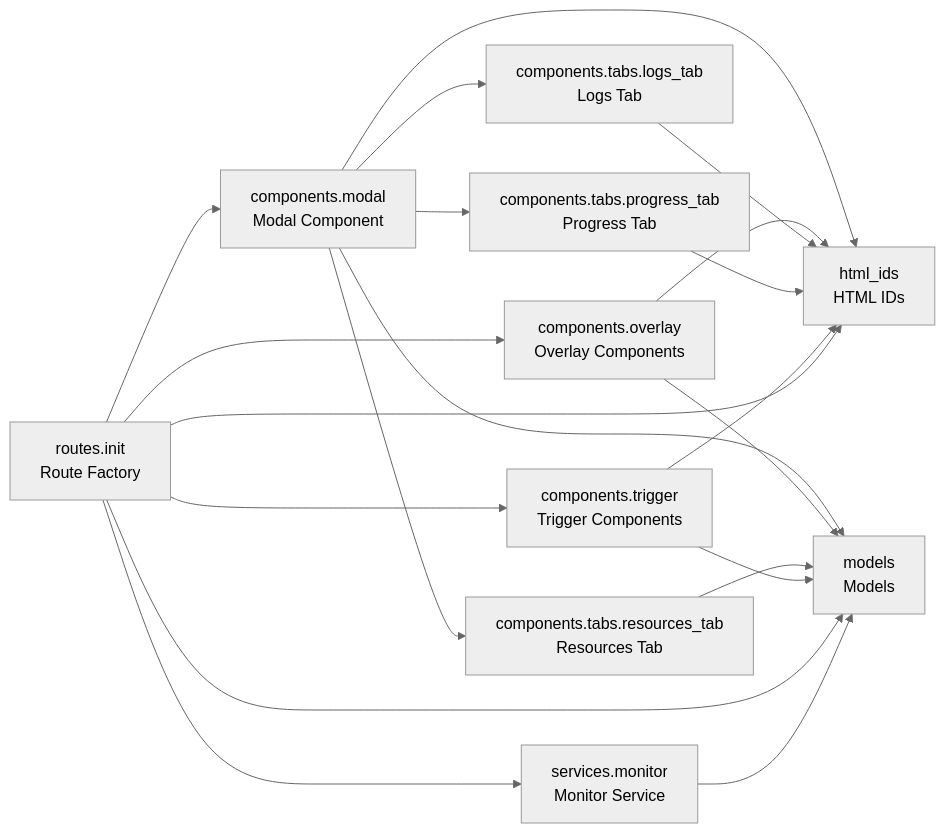
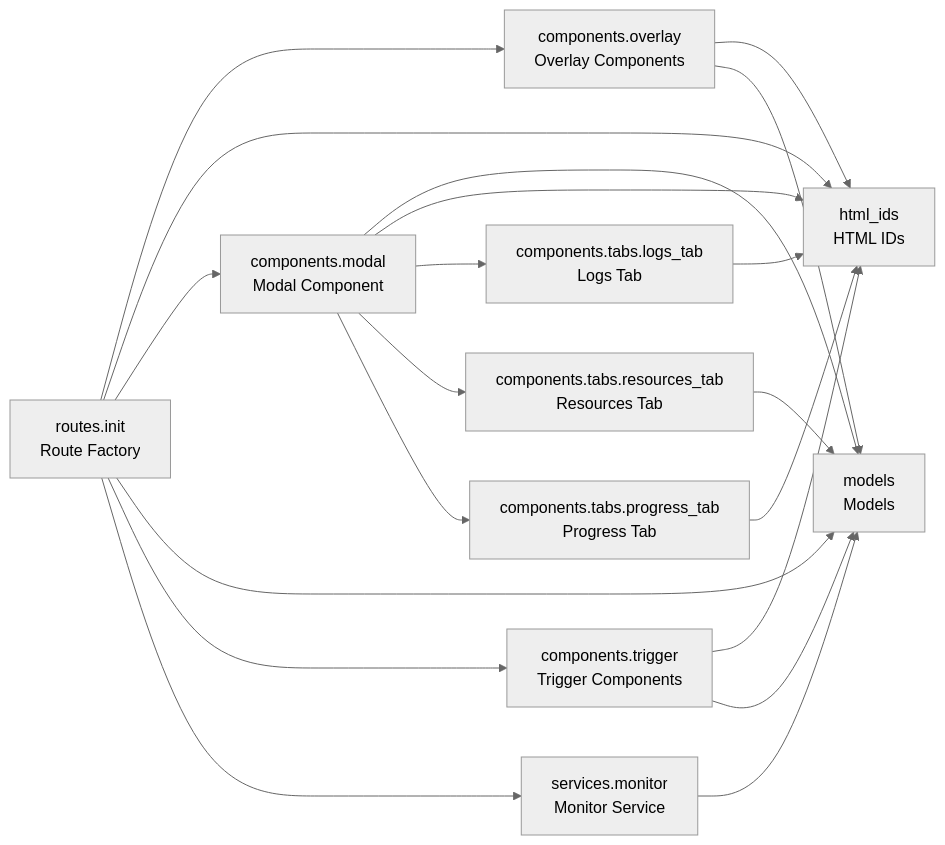
One commit to cj-mills/cjm-fasthtml-job-monitor changed the diagram in README.md. Above: the diagram before and after it, drawn with Mermaid (neutral theme). The commit also changed other lines of this file and 4 other files, not shown here.

````diff
--- a/README.md
+++ b/README.md
@@ -34,33 +34,33 @@
 ``` mermaid
 graph LR
     components_modal[components.modal<br/>Modal Component]
     components_overlay[components.overlay<br/>Overlay Components]
     components_tabs_logs_tab[components.tabs.logs_tab<br/>Logs Tab]
     components_tabs_progress_tab[components.tabs.progress_tab<br/>Progress Tab]
     components_tabs_resources_tab[components.tabs.resources_tab<br/>Resources Tab]
     components_trigger[components.trigger<br/>Trigger Components]
     html_ids[html_ids<br/>HTML IDs]
     models[models<br/>Models]
     routes_init[routes.init<br/>Route Factory]
     services_monitor[services.monitor<br/>Monitor Service]
 
-    components_modal --> components_tabs_progress_tab
     components_modal --> models
     components_modal --> html_ids
     components_modal --> components_tabs_logs_tab
     components_modal --> components_tabs_resources_tab
+    components_modal --> components_tabs_progress_tab
     components_overlay --> html_ids
     components_overlay --> models
     components_tabs_logs_tab --> html_ids
     components_tabs_progress_tab --> html_ids
     components_tabs_resources_tab --> models
     components_trigger --> html_ids
     components_trigger --> models
     routes_init --> components_overlay
+    routes_init --> html_ids
     routes_init --> components_modal
+    routes_init --> models
+    routes_init --> components_trigger
     routes_init --> services_monitor
-    routes_init --> models
-    routes_init --> html_ids
-    routes_init --> components_trigger
     services_monitor --> models
 ```
````
